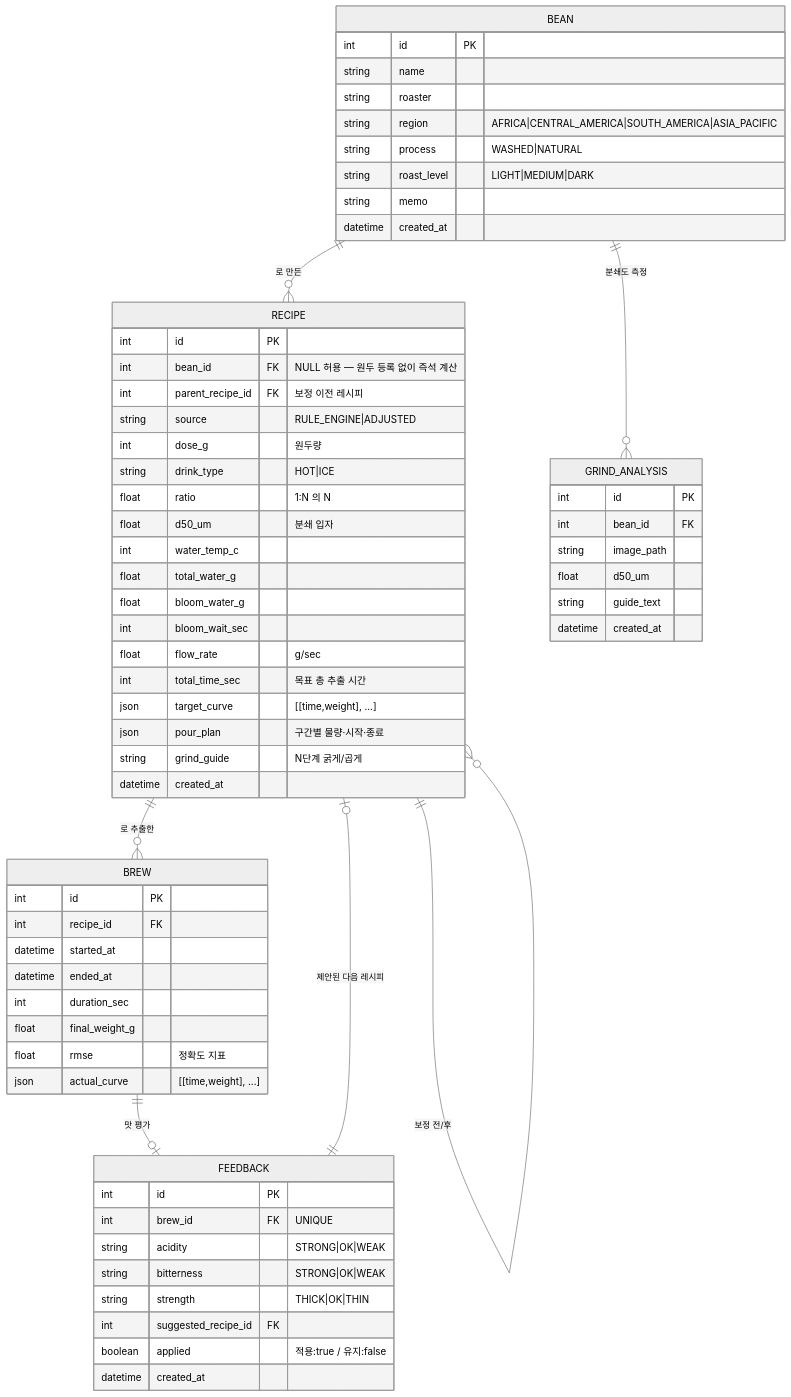
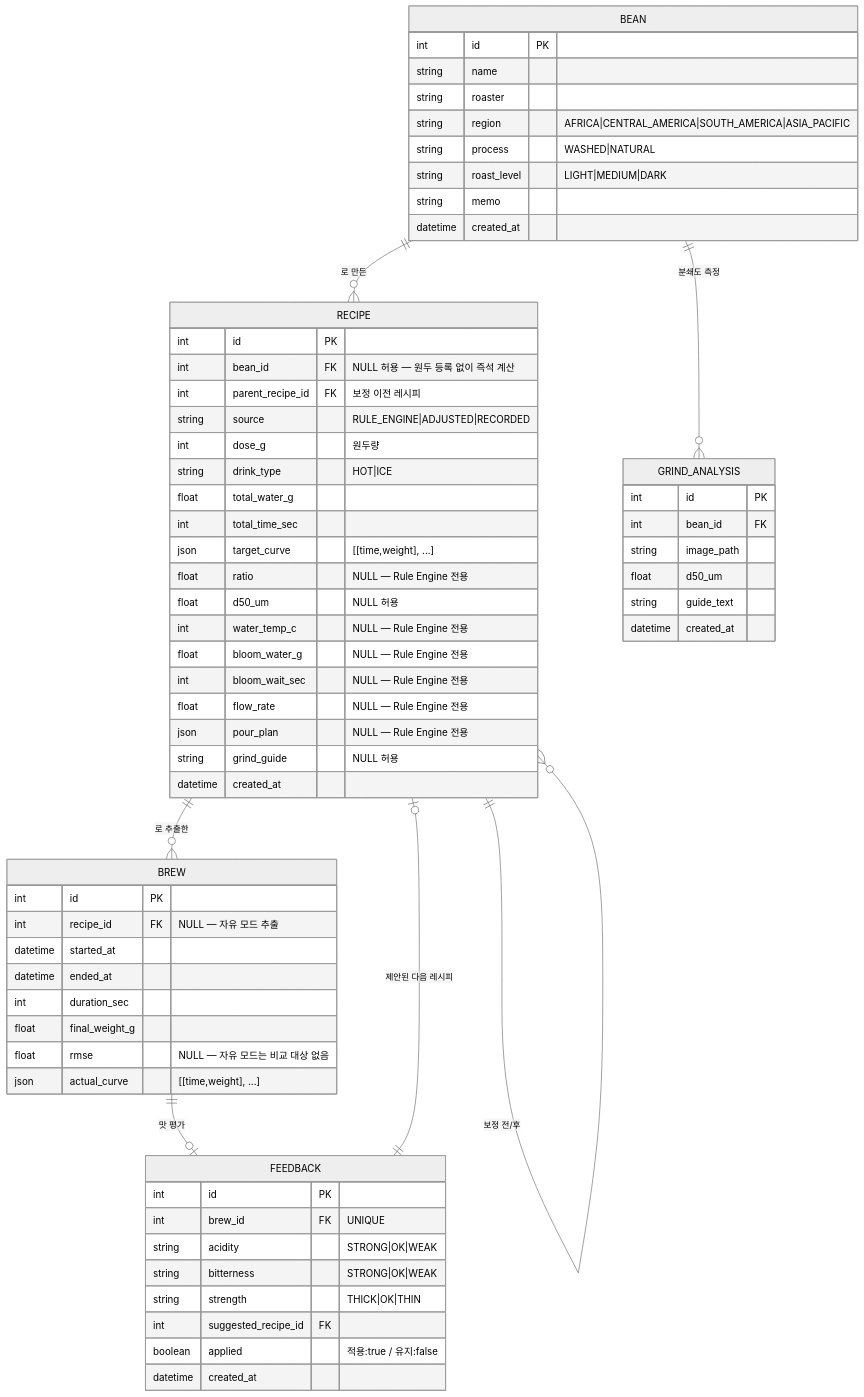
The diagram in docs/erd.md (kmin-k/DripDraw_Hongik), drawn with Mermaid (neutral theme) before and after one commit. The commit also changed other lines of this file and 3 other files, not shown here.

````diff
--- a/docs/erd.md
+++ b/docs/erd.md
@@ -6,72 +6,72 @@
 ```mermaid
 erDiagram
     BEAN ||--o{ RECIPE : "로 만든"
     RECIPE ||--o{ BREW : "로 추출한"
     RECIPE ||--o{ RECIPE : "보정 전/후"
     BREW ||--o| FEEDBACK : "맛 평가"
     FEEDBACK ||--o| RECIPE : "제안된 다음 레시피"
     BEAN ||--o{ GRIND_ANALYSIS : "분쇄도 측정"
 
     BEAN {
         int id PK
         string name
         string roaster
         string region "AFRICA|CENTRAL_AMERICA|SOUTH_AMERICA|ASIA_PACIFIC"
         string process "WASHED|NATURAL"
         string roast_level "LIGHT|MEDIUM|DARK"
         string memo
         datetime created_at
     }
 
     RECIPE {
         int id PK
         int bean_id FK "NULL 허용 — 원두 등록 없이 즉석 계산"
         int parent_recipe_id FK "보정 이전 레시피"
-        string source "RULE_ENGINE|ADJUSTED"
+        string source "RULE_ENGINE|ADJUSTED|RECORDED"
         int dose_g "원두량"
         string drink_type "HOT|ICE"
-        float ratio "1:N 의 N"
-        float d50_um "분쇄 입자"
-        int water_temp_c
         float total_water_g
-        float bloom_water_g
-        int bloom_wait_sec
-        float flow_rate "g/sec"
-        int total_time_sec "목표 총 추출 시간"
+        int total_time_sec
         json target_curve "[[time,weight], ...]"
-        json pour_plan "구간별 물량·시작·종료"
-        string grind_guide "N단계 굵게/곱게"
+        float ratio "NULL — Rule Engine 전용"
+        float d50_um "NULL 허용"
+        int water_temp_c "NULL — Rule Engine 전용"
+        float bloom_water_g "NULL — Rule Engine 전용"
+        int bloom_wait_sec "NULL — Rule Engine 전용"
+        float flow_rate "NULL — Rule Engine 전용"
+        json pour_plan "NULL — Rule Engine 전용"
+        string grind_guide "NULL 허용"
         datetime created_at
     }
 
     BREW {
         int id PK
-        int recipe_id FK
+        int recipe_id FK "NULL — 자유 모드 추출"
         datetime started_at
         datetime ended_at
         int duration_sec
         float final_weight_g
-        float rmse "정확도 지표"
+        float rmse "NULL — 자유 모드는 비교 대상 없음"
         json actual_curve "[[time,weight], ...]"
     }
 
     FEEDBACK {
         int id PK
         int brew_id FK "UNIQUE"
         string acidity "STRONG|OK|WEAK"
         string bitterness "STRONG|OK|WEAK"
         string strength "THICK|OK|THIN"
         int suggested_recipe_id FK
         boolean applied "적용:true / 유지:false"
         datetime created_at
     }
 
     GRIND_ANALYSIS {
         int id PK
         int bean_id FK
         string image_path
         float d50_um
         string guide_text
         datetime created_at
     }
 ```
````
